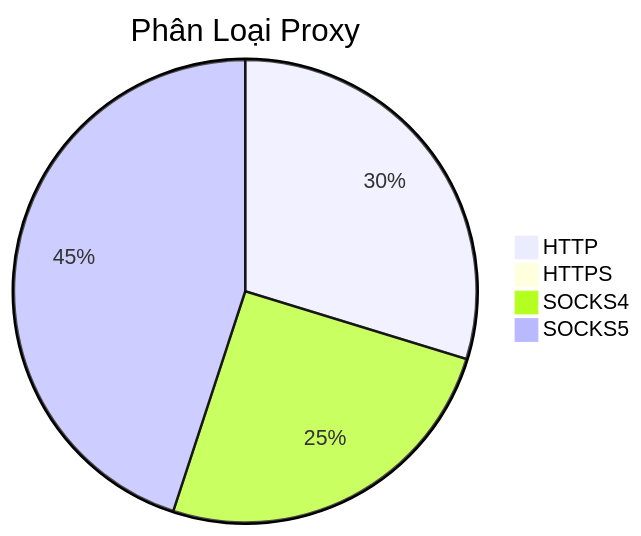
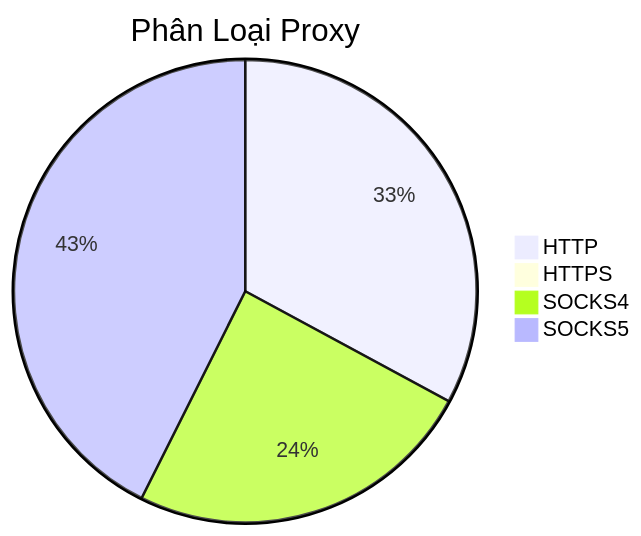
The diagram in README.md (Ciara-Aa/PROXY-free), drawn with Mermaid before and after one commit. The commit also changed other lines of this file and 4 other files, not shown here.

````diff
--- a/README.md
+++ b/README.md
@@ -26,7 +26,7 @@
 ```mermaid
 pie title Phân Loại Proxy
-    "HTTP" : 242
-    "HTTPS" : 0
-    "SOCKS4" : 206
-    "SOCKS5" : 366
+    "HTTP" : 318
+    "HTTPS" : 1
+    "SOCKS4" : 237
+    "SOCKS5" : 412
 ```
````
